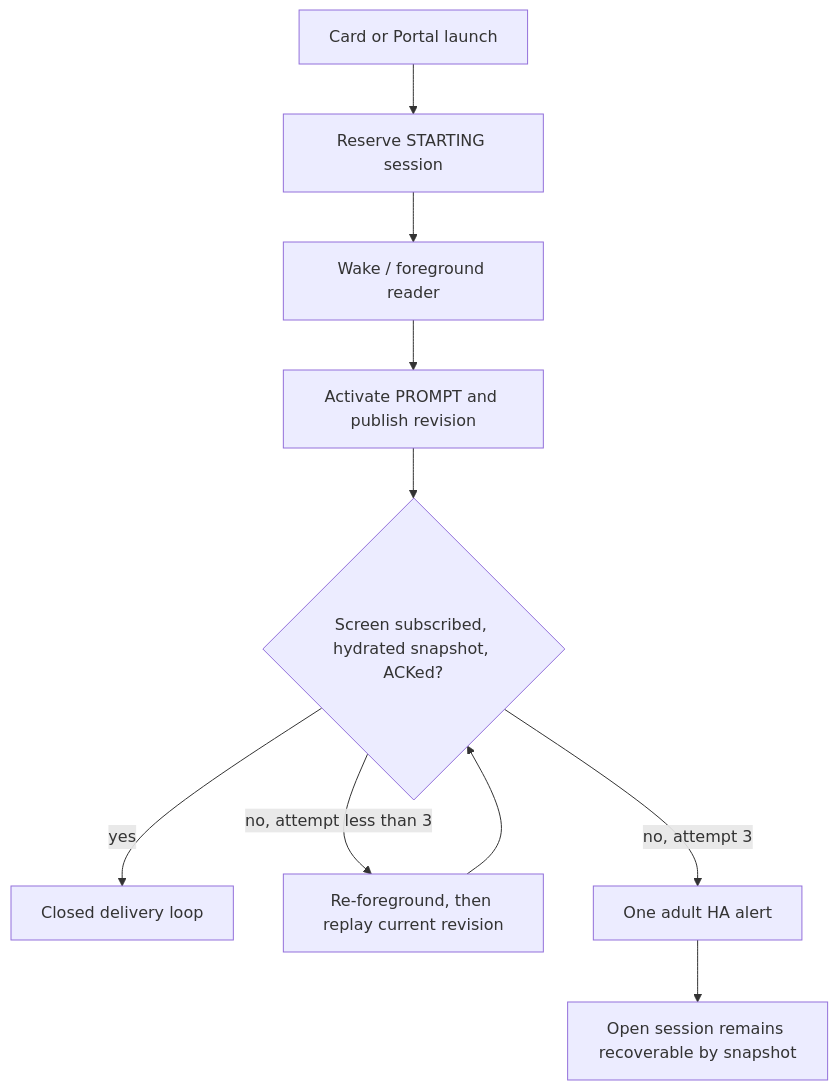
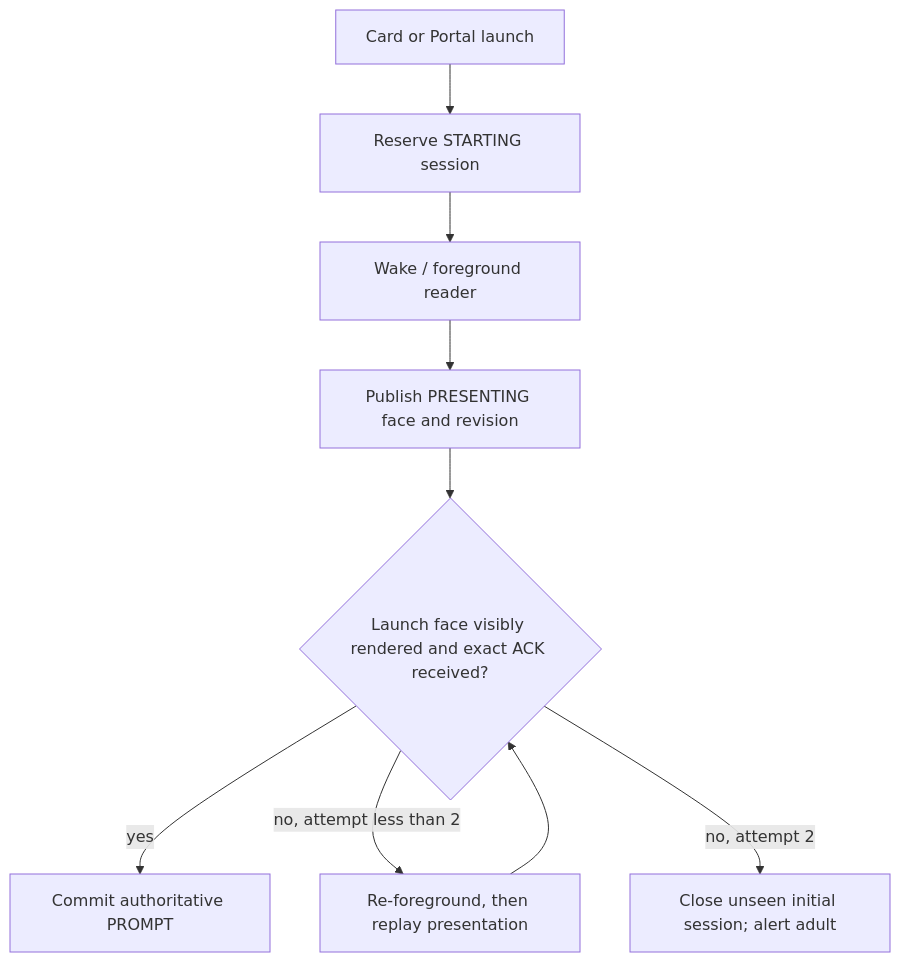
One commit to kckern/DaylightStation changed the fifth of 6 diagrams in docs/reference/school/reading-sessions.md. Above: the diagram before and after it, drawn with Mermaid. The commit also changed other lines of this file and 86 other files, not shown here.

````diff
--- a/docs/reference/school/reading-sessions.md
+++ b/docs/reference/school/reading-sessions.md
@@ -378,12 +390,11 @@
 ```mermaid
 flowchart TD
   A[Card or Portal launch] --> B[Reserve STARTING session]
   B --> C[Wake / foreground reader]
-  C --> D[Activate PROMPT and publish revision]
-  D --> E{Screen subscribed, hydrated snapshot, ACKed?}
-  E -->|yes| F[Closed delivery loop]
-  E -->|no, attempt less than 3| G[Re-foreground, then replay current revision]
+  C --> D[Publish PRESENTING face and revision]
+  D --> E{Launch face visibly rendered and exact ACK received?}
+  E -->|yes| F[Commit authoritative PROMPT]
+  E -->|no, attempt less than 2| G[Re-foreground, then replay presentation]
   G --> E
-  E -->|no, attempt 3| H[One adult HA alert]
-  H --> I[Open session remains recoverable by snapshot]
+  E -->|no, attempt 2| H[Close unseen initial session; alert adult]
 ```
````
